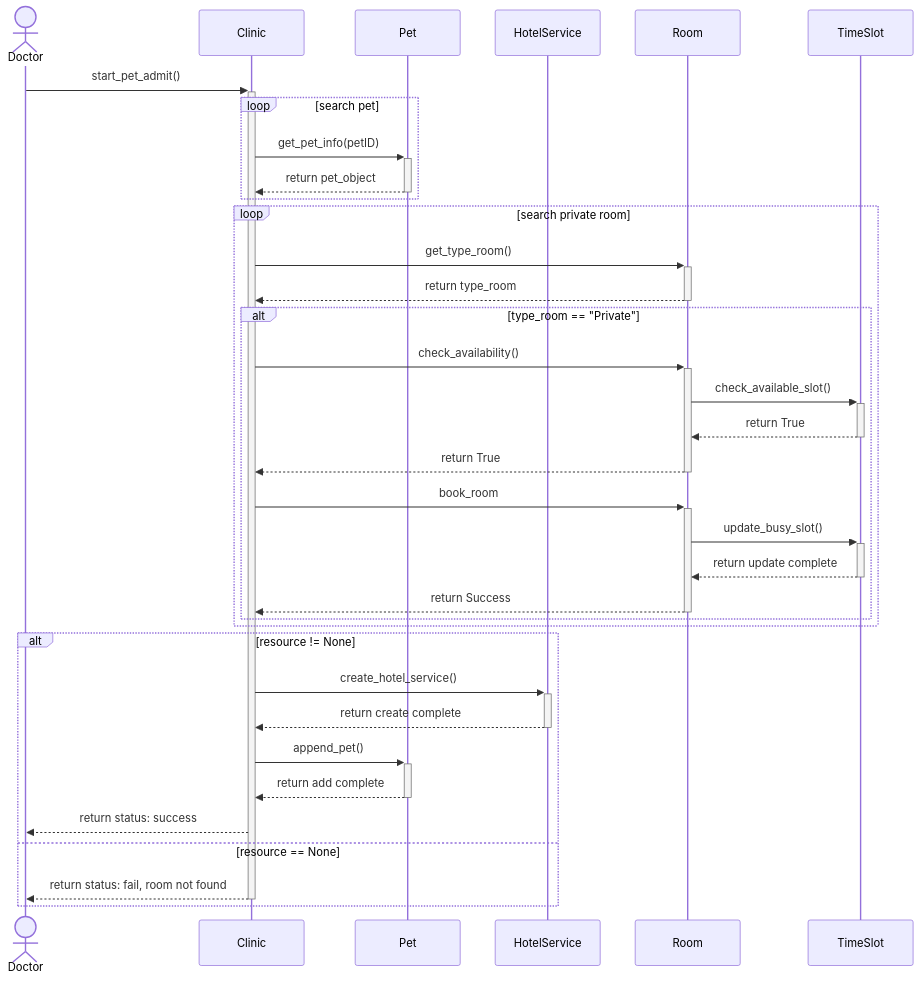
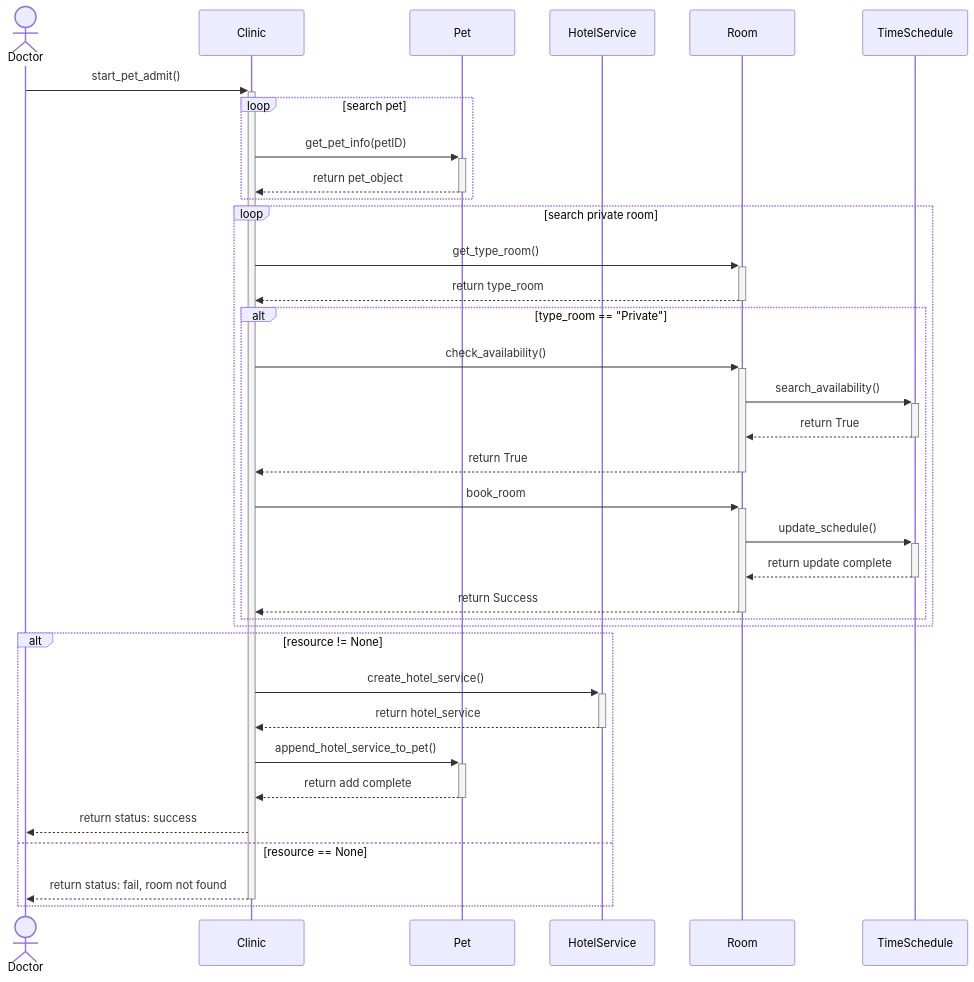
Before and after one commit to HiruKub/OOP-PROJECT_BASECODE: the diagram in SequenceDiagram/pet_admit.mmd, drawn with Mermaid. The commit also changed 2 other files, not shown here.

Commit message:
move medical_treatment and start_pet_admit to class Clinic (#12)
* fix: correct error messages in sequence diagram for doctor and customer not found cases

* fix: refactor medical service creation and improve error handling in medical treatment process

* fix: update method call for appending hotel service to pet in admission process

* fix: update pet admission process to use new room scheduling and service handling methods

* feat: add medical service check and refactor admission logic in Clinic class

* add self.__aggressive = bool(aggressive)

* refactor: remove search_medical_record method from Pet class

---------

```diff
--- a/SequenceDiagram/pet_admit.mmd
+++ b/SequenceDiagram/pet_admit.mmd
@@ -1,38 +1,38 @@
 sequenceDiagram
     actor Doctor
     participant Clinic
     %% participant DoctorClass
     participant Pet
     participant HotelService
 
     Doctor->>+Clinic: start_pet_admit()
 
     loop search pet
     Clinic->>+Pet: get_pet_info(petID)
     Pet-->>-Clinic: return pet_object
     end
 
     loop search private room
     Clinic->>+Room: get_type_room()
         Room-->>-Clinic: return type_room
         alt type_room == "Private"
             Clinic->>+Room: check_availability()
-            Room->>+TimeSlot: check_available_slot()
-            TimeSlot -->>- Room: return True
+            Room->>+TimeSchedule: search_availability()
+            TimeSchedule -->>- Room: return True
             Room-->>-Clinic: return True
             Clinic->>+Room: book_room
-            Room->>+TimeSlot: update_busy_slot()
-            TimeSlot-->>-Room: return update complete
+            Room->>+TimeSchedule: update_schedule()
+            TimeSchedule-->>-Room: return update complete
             Room -->>-Clinic: return Success
         end
     end
 
     alt resource != None
         Clinic->>+HotelService: create_hotel_service()
-        HotelService -->>- Clinic: return create complete
-        Clinic->>+Pet: append_pet()
+        HotelService -->>- Clinic: return hotel_service
+        Clinic->>+Pet: append_hotel_service_to_pet()
         Pet-->>-Clinic: return add complete
         Clinic-->>Doctor: return status: success
     else resource == None
         Clinic-->>-Doctor: return status: fail, room not found
     end
```
